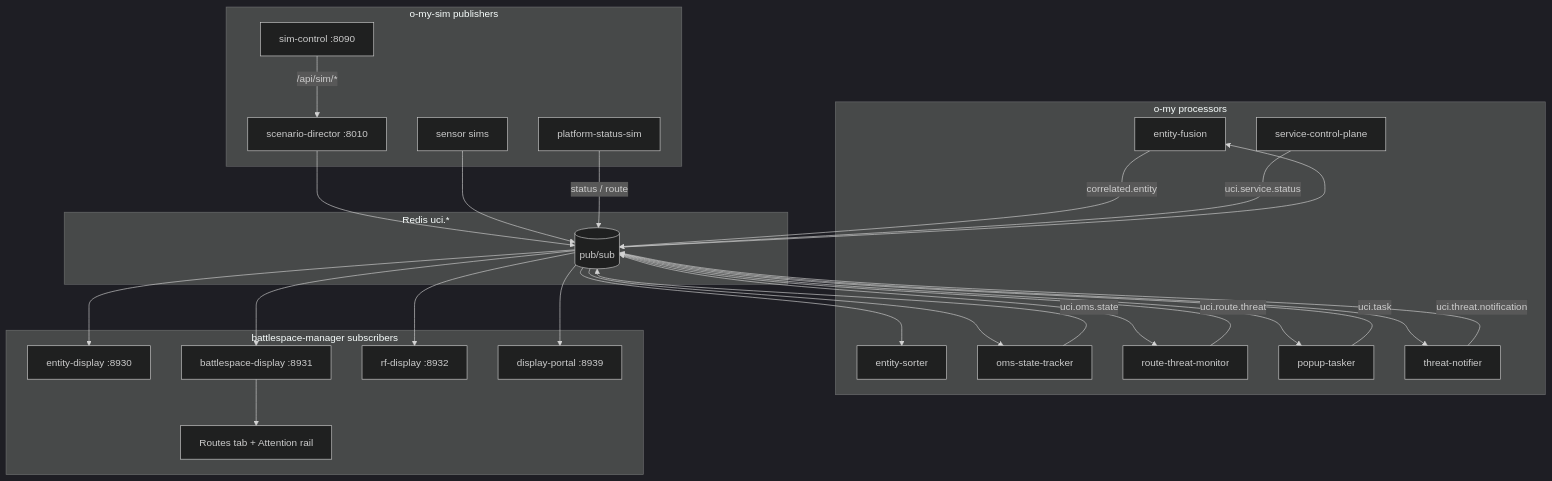
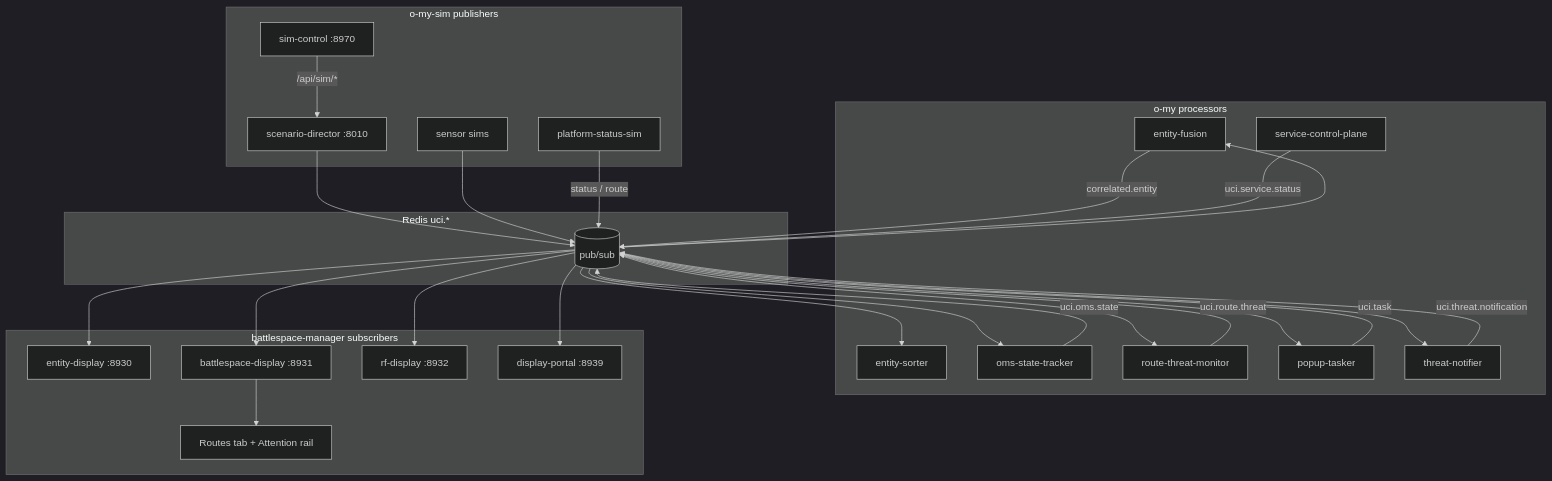
Before and after one commit to mowgli42/battlespace-manager: the first of 4 diagrams in README.md, drawn with Mermaid (dark theme). The commit also changed other lines of this file and 14 other files, not shown here.

````diff
--- a/README.md
+++ b/README.md
@@ -233,49 +233,49 @@
 ```mermaid
 flowchart TB
   subgraph omy [o-my processors]
     FUSE[entity-fusion]
     SORT[entity-sorter]
     OMS[oms-state-tracker]
     RTM[route-threat-monitor]
     POP[popup-tasker]
     NOTE[threat-notifier]
     CP[service-control-plane]
   end
   subgraph omysim [o-my-sim publishers]
     SD[scenario-director :8010]
     SNS[sensor sims]
     PLAT[platform-status-sim]
-    SimCtrl[sim-control :8090]
+    SimCtrl[sim-control :8970]
   end
   subgraph bus [Redis uci.*]
     REDIS[(pub/sub)]
   end
   subgraph bm [battlespace-manager subscribers]
     ED[entity-display :8930]
     BD[battlespace-display :8931]
     RF[rf-display :8932]
     ROUTES[Routes tab + Attention rail]
     PORTAL[display-portal :8939]
   end
   SimCtrl -->|/api/sim/*| SD
   SD --> REDIS
   SNS --> REDIS
   PLAT -->|status / route| REDIS
   REDIS --> FUSE
   FUSE -->|correlated.entity| REDIS
   REDIS --> SORT
   REDIS --> OMS
   OMS -->|uci.oms.state| REDIS
   REDIS --> RTM
   RTM -->|uci.route.threat| REDIS
   REDIS --> POP
   POP -->|uci.task| REDIS
   REDIS --> NOTE
   NOTE -->|uci.threat.notification| REDIS
   CP -->|uci.service.status| REDIS
   REDIS --> ED
   REDIS --> BD
   REDIS --> RF
   BD --> ROUTES
   REDIS --> PORTAL
 ```
````
